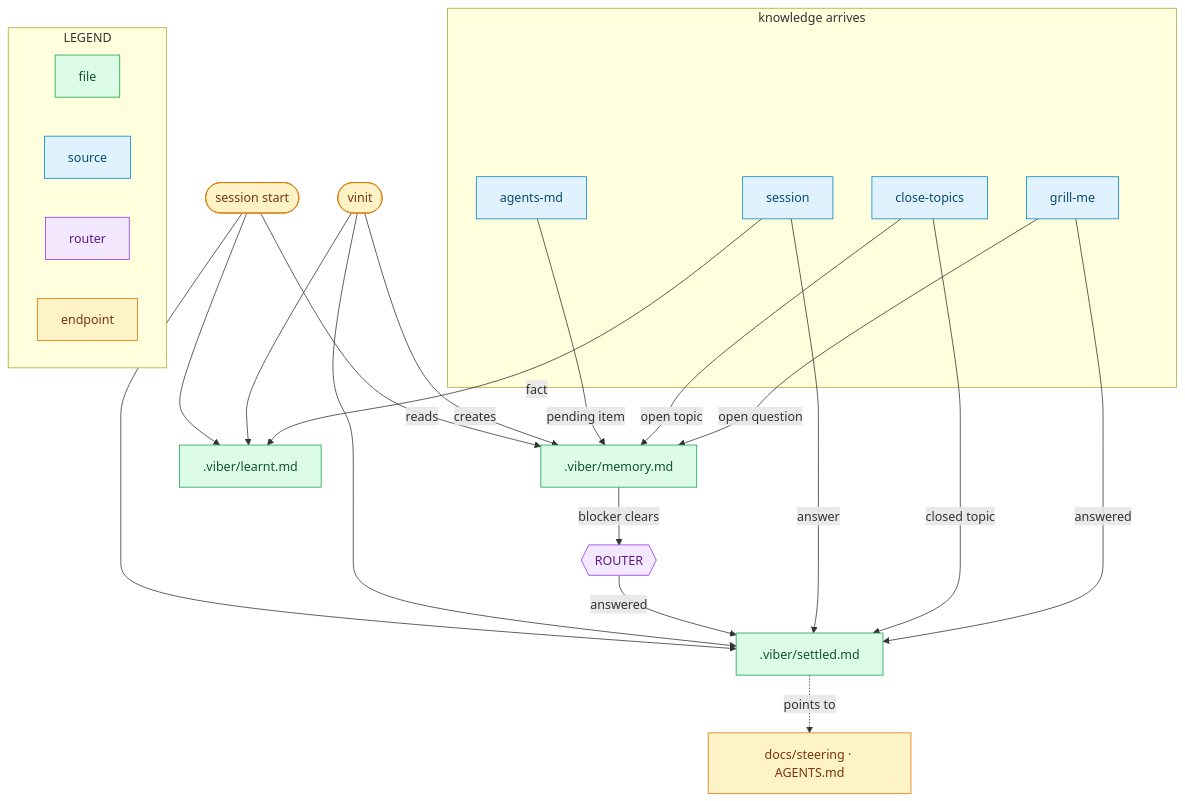
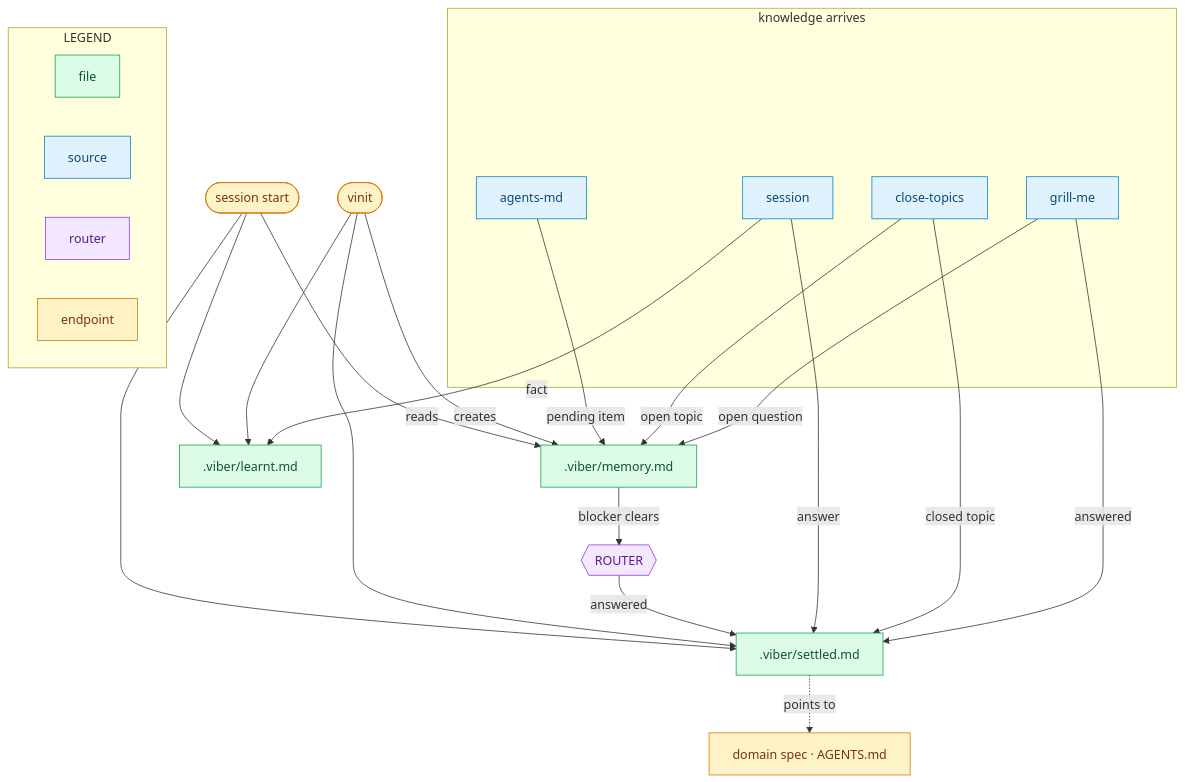
Before and after one commit to alaamer12/viber: the diagram in skills/viber/assets/diagrams/memory-flow.mmd, drawn with Mermaid. The commit also changed 63 other files, not shown here.

```diff
--- a/skills/viber/assets/diagrams/memory-flow.mmd
+++ b/skills/viber/assets/diagrams/memory-flow.mmd
@@ -1,47 +1,47 @@
 flowchart TD
     subgraph SRC["knowledge arrives"]
         GM["grill-me"]
         CT["close-topics"]
         AM["agents-md"]
         SES["session"]
     end
 
     MEM[".viber/memory.md"]
     SET[".viber/settled.md"]
     LRN[".viber/learnt.md"]
 
     GM -- "open question" --> MEM
     CT -- "open topic" --> MEM
     AM -- "pending item" --> MEM
     GM -- "answered" --> SET
     CT -- "closed topic" --> SET
     SES -- "answer" --> SET
     SES -- "fact" --> LRN
 
     MEM -- "blocker clears" --> RT{{"ROUTER"}}
     RT -- "answered" --> SET
-    SET -. "points to" .-> SPEC["docs/steering · AGENTS.md"]
+    SET -. "points to" .-> SPEC["domain spec · AGENTS.md"]
 
     INIT(["vinit"]) -- "creates" --> MEM
     INIT --> SET
     INIT --> LRN
     START(["session start"]) -- "reads" --> MEM
     START --> SET
     START --> LRN
 
     subgraph LG["LEGEND"]
         LF["file"]
         LS["source"]
         LR["router"]
         LE["endpoint"]
     end
 
     classDef file fill:#dcfce7,stroke:#16a34a,color:#14532d
     classDef src fill:#e0f2fe,stroke:#0284c7,color:#0c4a6e
     classDef router fill:#f3e8ff,stroke:#9333ea,color:#581c87
     classDef endpoint fill:#fef3c7,stroke:#d97706,color:#78350f
 
     class MEM,SET,LRN,LF file
     class GM,CT,AM,SES,LS src
     class RT,LR router
     class INIT,START,SPEC,LE endpoint
```
